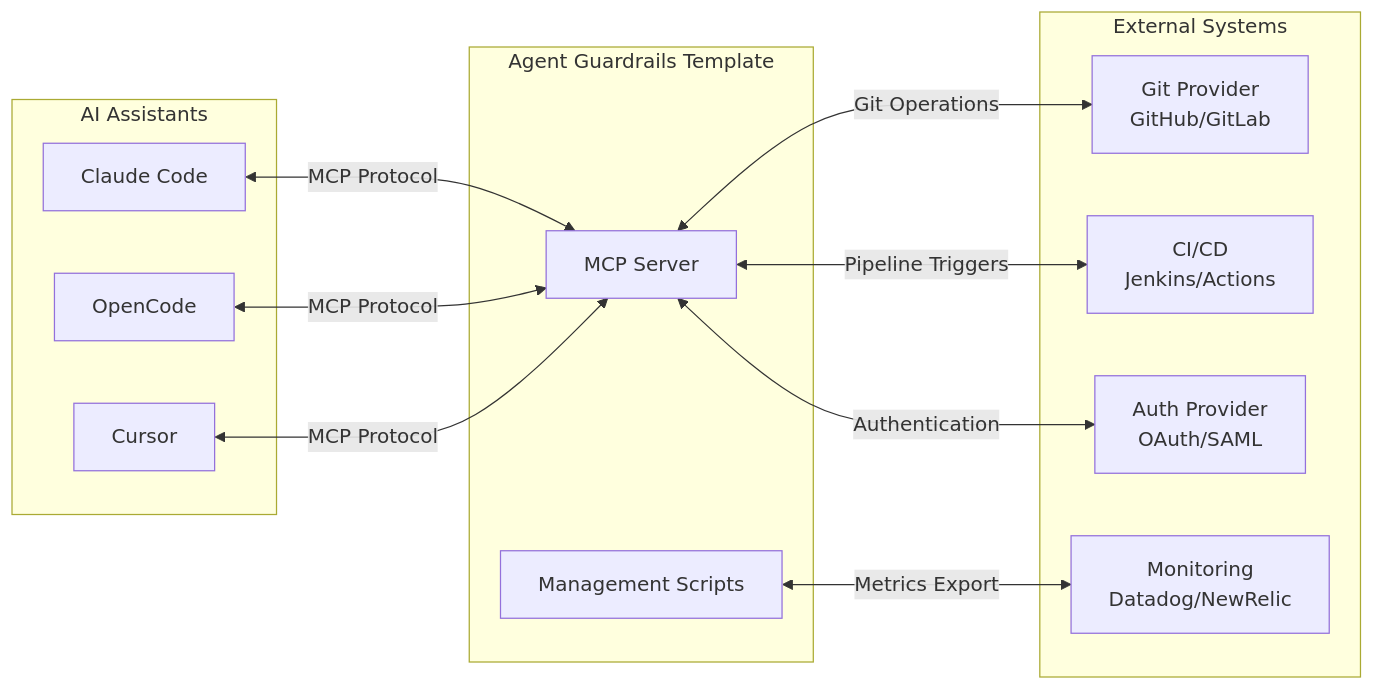
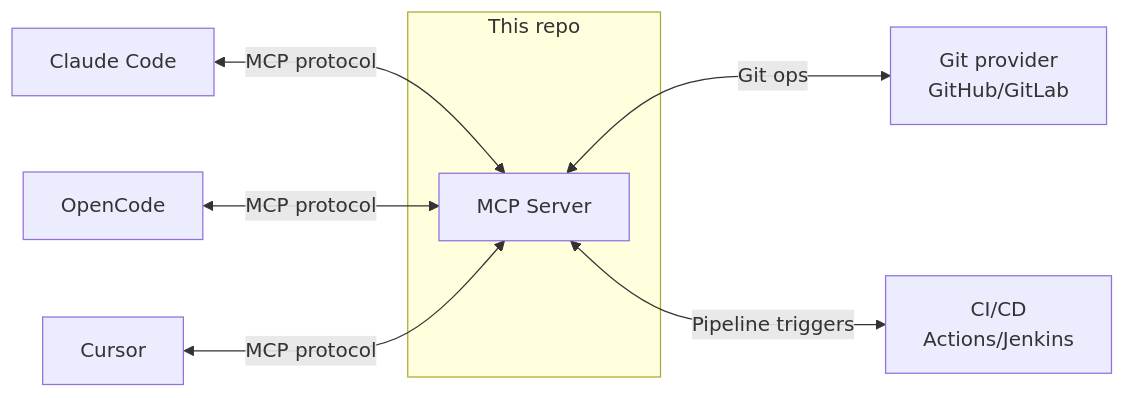
One commit to TheArchitectit/agent-guardrails-template changed the eighth of 9 diagrams in docs/architecture/system-architecture.md. Above: the diagram before and after it, drawn with Mermaid. The commit also changed other lines of this file and 15 other files, not shown here.

First line of the commit message:
docs: rewrite architecture doc under 500 lines with corrected facts

````diff
--- a/docs/architecture/system-architecture.md
+++ b/docs/architecture/system-architecture.md
@@ -448,29 +196,12 @@
 ```mermaid
 flowchart LR
-    subgraph AGT["Agent Guardrails Template"]
+    subgraph AGT["This repo"]
         MCP["MCP Server"]
-        Scripts["Management Scripts"]
     end
-
-    subgraph External["External Systems"]
-        Git["Git Provider<br/>GitHub/GitLab"]
-        CI["CI/CD<br/>Jenkins/Actions"]
-        Auth["Auth Provider<br/>OAuth/SAML"]
-        Monitor["Monitoring<br/>Datadog/NewRelic"]
-    end
-
-    subgraph AI["AI Assistants"]
-        Claude["Claude Code"]
-        OpenCode["OpenCode"]
-        Cursor["Cursor"]
-    end
-
-    MCP <-->|Git Operations| Git
-    MCP <-->|Pipeline Triggers| CI
-    MCP <-->|Authentication| Auth
-    Scripts <-->|Metrics Export| Monitor
-
-    Claude <-->|MCP Protocol| MCP
-    OpenCode <-->|MCP Protocol| MCP
-    Cursor <-->|MCP Protocol| MCP
+    Git["Git provider<br/>GitHub/GitLab"]
+    CI["CI/CD<br/>Actions/Jenkins"]
+    Claude["Claude Code"] & OpenCode["OpenCode"] & Cursor["Cursor"]
+    MCP <-->|Git ops| Git
+    MCP <-->|Pipeline triggers| CI
+    Claude & OpenCode & Cursor <-->|MCP protocol| MCP
 ```
````
